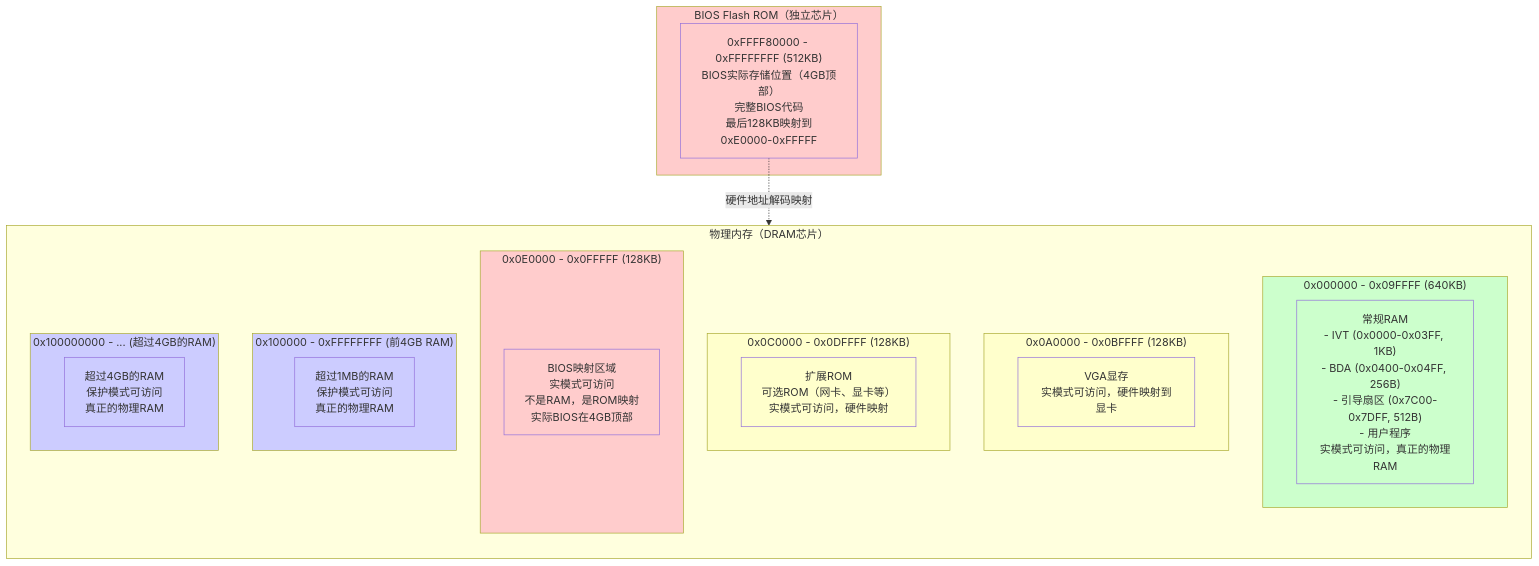
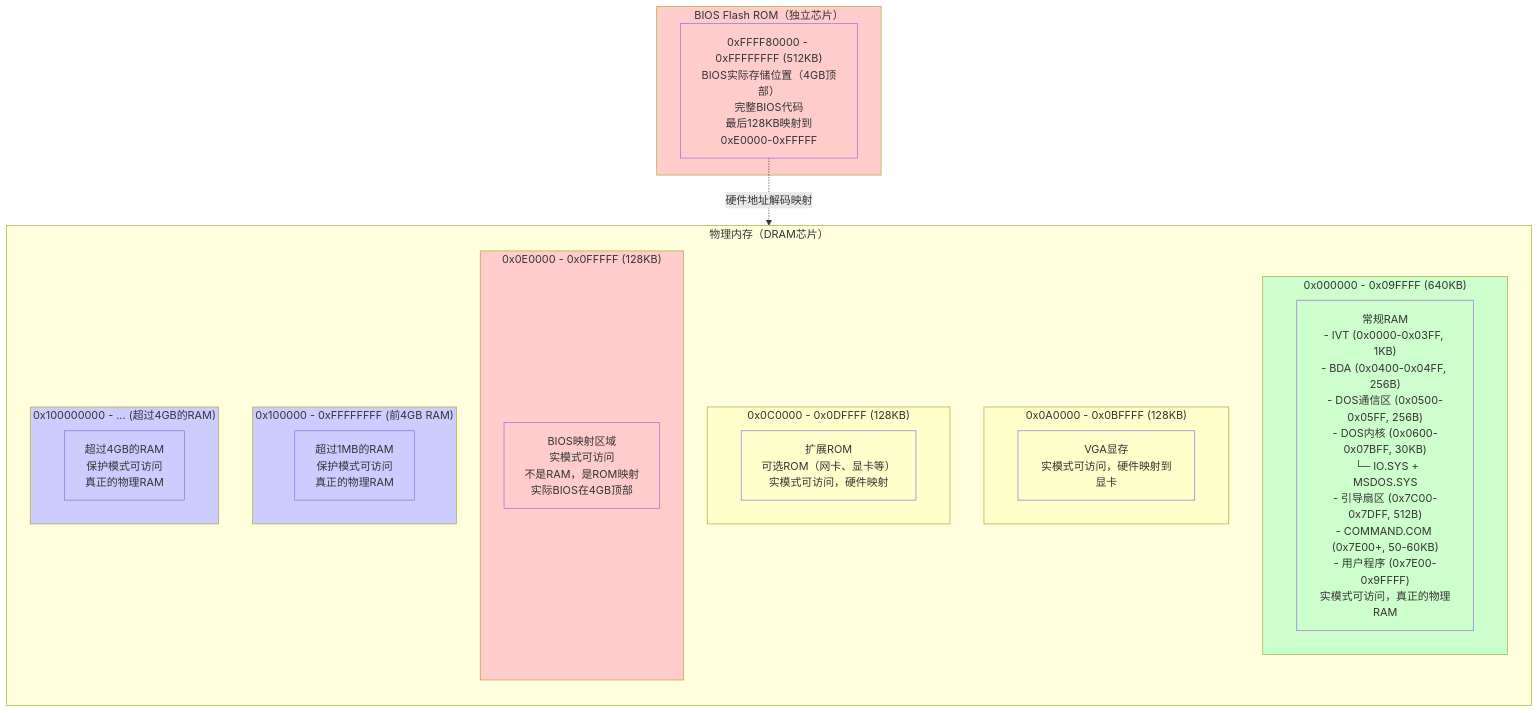
One commit to liweinan/bootimage-example changed the diagram in BIOS_MEMORY_LAYOUT.md. Above: the diagram before and after it, drawn with Mermaid.

Commit message:
更新 BIOS_MEMORY_LAYOUT.md：在内存布局图中添加 DOS 位置
- 在 640KB 常规 RAM 区域添加 DOS 组件位置
  - DOS 通信区 (0x0500-0x05FF)
  - DOS 内核 (0x0600-0x07BFF): IO.SYS + MSDOS.SYS
  - COMMAND.COM (0x7E00+)
  - 用户程序区域

````diff
--- a/BIOS_MEMORY_LAYOUT.md
+++ b/BIOS_MEMORY_LAYOUT.md
@@ -287,51 +287,51 @@
    ```mermaid
    flowchart TB
        subgraph DRAM["物理内存（DRAM芯片）"]
            direction TB
            
            subgraph Low640KB["0x000000 - 0x09FFFF (640KB)"]
-               LowRAM["常规RAM<br/>- IVT (0x0000-0x03FF, 1KB)<br/>- BDA (0x0400-0x04FF, 256B)<br/>- 引导扇区 (0x7C00-0x7DFF, 512B)<br/>- 用户程序<br/>实模式可访问，真正的物理RAM"]
+               LowRAM["常规RAM<br/>- IVT (0x0000-0x03FF, 1KB)<br/>- BDA (0x0400-0x04FF, 256B)<br/>- DOS通信区 (0x0500-0x05FF, 256B)<br/>- DOS内核 (0x0600-0x07BFF, 30KB)<br/>  └─ IO.SYS + MSDOS.SYS<br/>- 引导扇区 (0x7C00-0x7DFF, 512B)<br/>- COMMAND.COM (0x7E00+, 50-60KB)<br/>- 用户程序 (0x7E00-0x9FFFF)<br/>实模式可访问，真正的物理RAM"]
            end
            
            subgraph VGARAM["0x0A0000 - 0x0BFFFF (128KB)"]
                VGAMem["VGA显存<br/>实模式可访问，硬件映射到显卡"]
            end
            
            subgraph ExtROM["0x0C0000 - 0x0DFFFF (128KB)"]
                OptionROM["扩展ROM<br/>可选ROM（网卡、显卡等）<br/>实模式可访问，硬件映射"]
            end
            
            subgraph BIOSMap["0x0E0000 - 0x0FFFFF (128KB)"]
                BIOSMapped["BIOS映射区域<br/>实模式可访问<br/>不是RAM，是ROM映射<br/>实际BIOS在4GB顶部"]
            end
            
            subgraph Above1MB["0x100000 - 0xFFFFFFFF (前4GB RAM)"]
                RAM4GB["超过1MB的RAM<br/>保护模式可访问<br/>真正的物理RAM"]
            end
            
            subgraph Above4GB["0x100000000 - ... (超过4GB的RAM)"]
                RAM8GB["超过4GB的RAM<br/>保护模式可访问<br/>真正的物理RAM"]
            end
        end
        
        subgraph BIOSROM["BIOS Flash ROM（独立芯片）"]
            BIOSFull["0xFFFF80000 - 0xFFFFFFFF (512KB)<br/>BIOS实际存储位置（4GB顶部）<br/>完整BIOS代码<br/>最后128KB映射到0xE0000-0xFFFFF"]
        end
        
        BIOSFull -.->|"硬件地址解码映射"| BIOSMapped
        
        style Low640KB fill:#ccffcc
        style LowRAM fill:#ccffcc
        style VGARAM fill:#ffffcc
        style VGAMem fill:#ffffcc
        style ExtROM fill:#ffffcc
        style OptionROM fill:#ffffcc
        style BIOSMap fill:#ffcccc
        style BIOSMapped fill:#ffcccc
        style Above1MB fill:#ccccff
        style RAM4GB fill:#ccccff
        style Above4GB fill:#ccccff
        style RAM8GB fill:#ccccff
        style BIOSROM fill:#ffcccc
        style BIOSFull fill:#ffcccc
    ```
````
